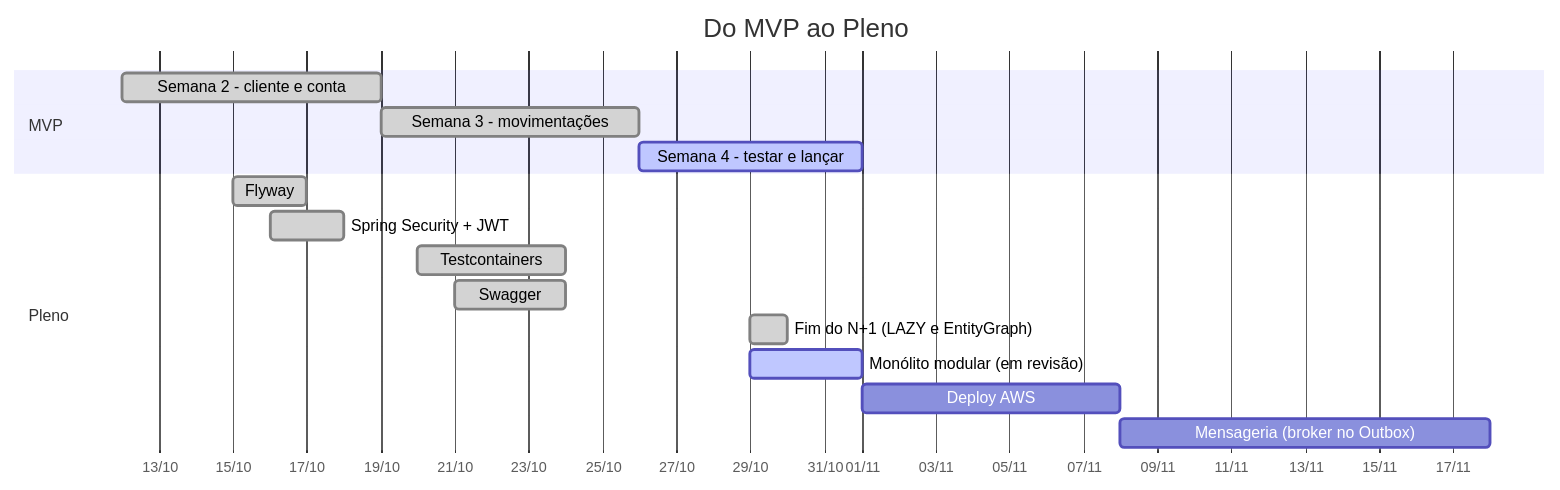
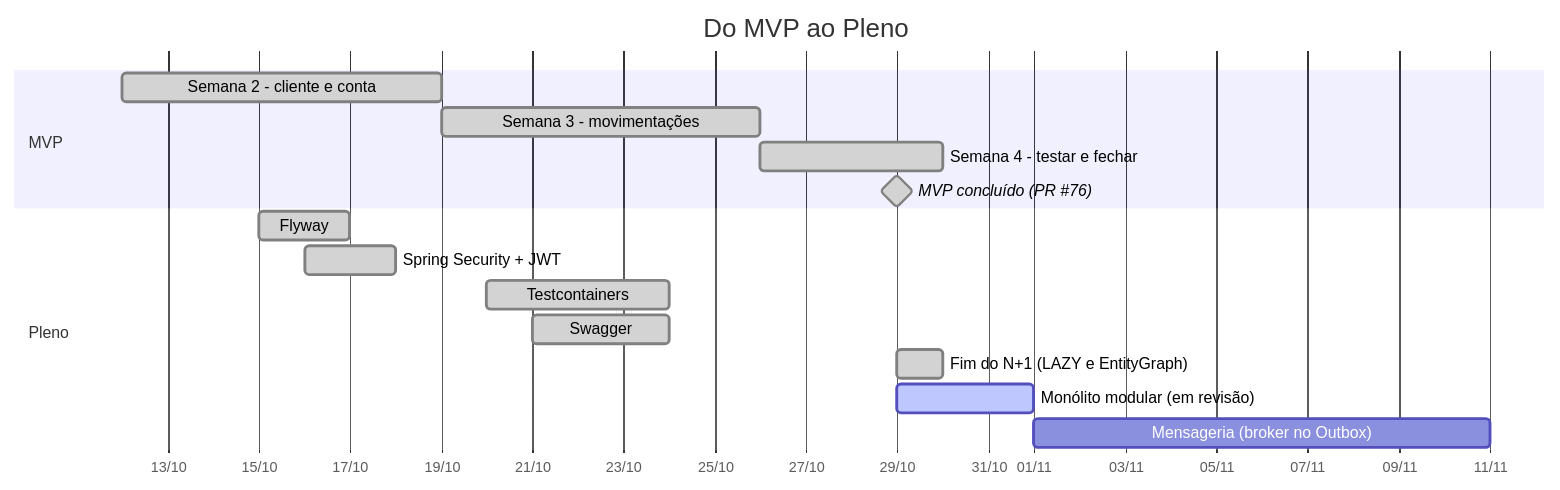
One commit to k3vinrich4rd/k3vinrich4rd changed diagram 18 of 22 in README.md. Above: the diagram before and after it, drawn with Mermaid. The commit also changed other lines of this file and 3 other files, not shown here.

First line of the commit message:
docs(perfil): MVP do RKF Bank concluido e sem fase de deploy

````diff
--- a/README.md
+++ b/README.md
@@ -2092,19 +2090,19 @@
 ```mermaid
 gantt
     title Do MVP ao Pleno
     dateFormat YYYY-MM-DD
     axisFormat %d/%m
     section MVP
     Semana 2 - cliente e conta        :done,    s2, 2026-10-12, 7d
     Semana 3 - movimentações          :done,    s3, 2026-10-19, 7d
-    Semana 4 - testar e lançar        :active,  s4, 2026-10-26, 6d
+    Semana 4 - testar e fechar        :done,    s4, 2026-10-26, 4d
+    MVP concluído (PR #76)            :milestone, done, m1, 2026-10-29, 0d
     section Pleno
     Flyway                            :done,    f1, 2026-10-15, 2d
     Spring Security + JWT             :done,    f2, 2026-10-16, 2d
     Testcontainers                    :done,    f3, 2026-10-20, 4d
     Swagger                           :done,    f6, 2026-10-21, 3d
     Fim do N+1 (LAZY e EntityGraph)   :done,    f7, 2026-10-29, 1d
     Monólito modular (em revisão)     :active,  f8, 2026-10-29, 3d
-    Deploy AWS                        :         f4, after s4, 7d
-    Mensageria (broker no Outbox)     :         f5, after f4, 10d
+    Mensageria (broker no Outbox)     :         f5, after f8, 10d
 ```
````
